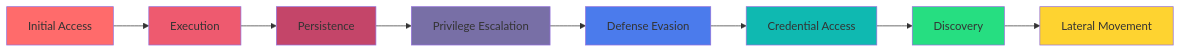
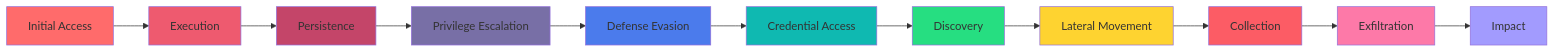
One commit to autobot786/Custom-Detection-Engineering changed the diagram in README.md. Above: the diagram before and after it, drawn with Mermaid. The commit also changed other lines of this file, not shown here.

````diff
--- a/README.md
+++ b/README.md
@@ -96,19 +141,25 @@
 ```mermaid
 graph LR
     A[Initial Access] --> B[Execution]
     B --> C[Persistence]
     C --> D[Privilege Escalation]
     D --> E[Defense Evasion]
     E --> F[Credential Access]
     F --> G[Discovery]
     G --> H[Lateral Movement]
+    H --> I[Collection]
+    I --> J[Exfiltration]
+    J --> K[Impact]
     
     style A fill:#ff6b6b
     style B fill:#ee5a6f
     style C fill:#c44569
     style D fill:#786fa6
     style E fill:#4b7bec
     style F fill:#0fb9b1
     style G fill:#26de81
     style H fill:#fed330
+    style I fill:#fc5c65
+    style J fill:#fd79a8
+    style K fill:#a29bfe
 ```
````
